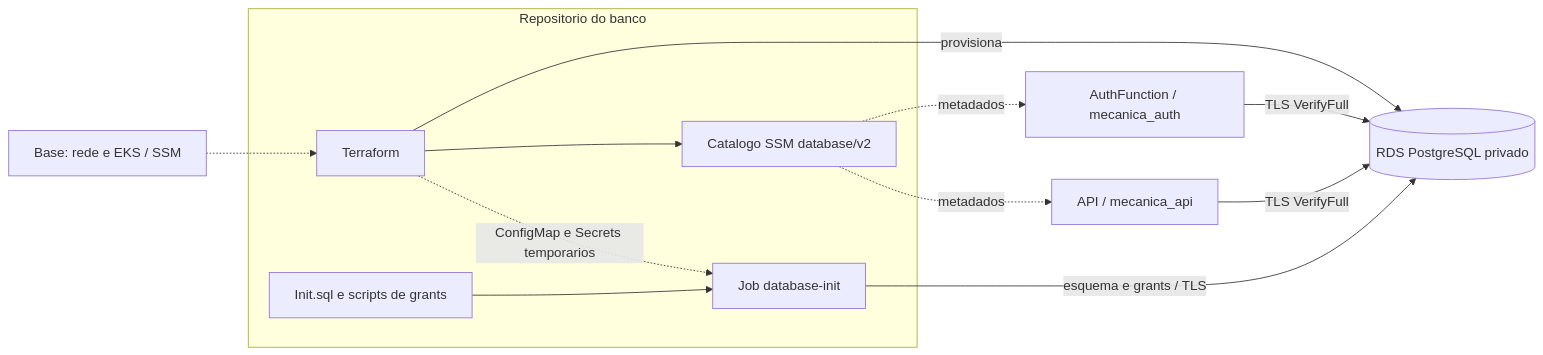
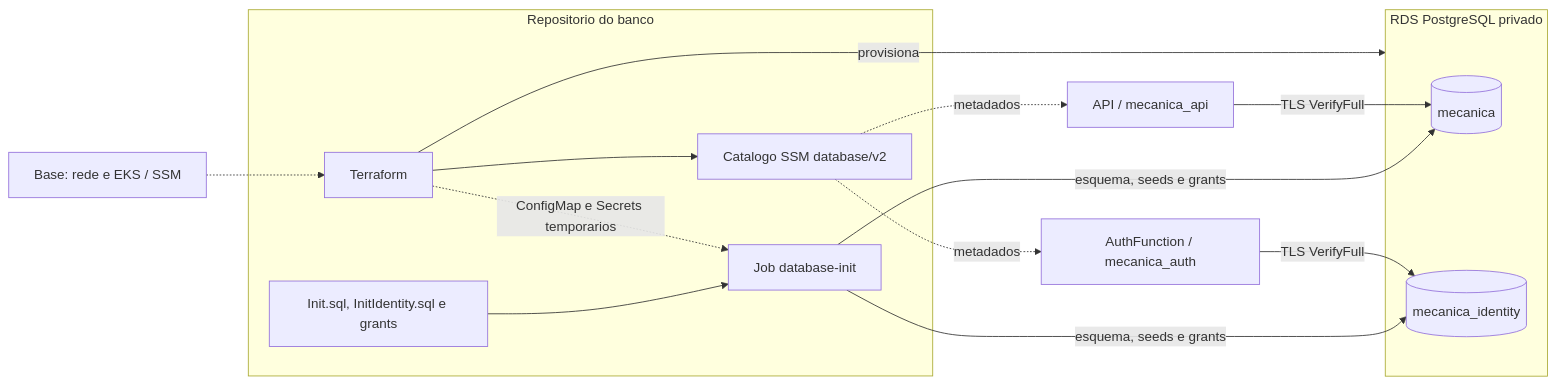
The diagram in README.md (pknfelps/GerenciamentoMecanicaBancoDados), drawn with Mermaid before and after one commit. The commit also changed other lines of this file and 1 other file, not shown here.

Commit message:
AUTH-14: documenta a inicialização dos bancos separados

```diff
--- a/README.md
+++ b/README.md
@@ -7,16 +7,21 @@
 ~~~mermaid
 flowchart LR
     BASE["Base: rede e EKS / SSM"] -.-> TF
     subgraph REPO["Repositorio do banco"]
         TF["Terraform"]
-        SQL["Init.sql e scripts de grants"] --> JOB["Job database-init"]
+        SQL["Init.sql, InitIdentity.sql e grants"] --> JOB["Job database-init"]
         TF -.->|ConfigMap e Secrets temporarios| JOB
         TF --> META["Catalogo SSM database/v2"]
     end
-    TF -->|provisiona| DB[("RDS PostgreSQL privado")]
-    JOB -->|esquema e grants / TLS| DB
+    subgraph RDS["RDS PostgreSQL privado"]
+        DB[("mecanica")]
+        ID[("mecanica_identity")]
+    end
+    TF -->|provisiona| RDS
+    JOB -->|esquema, seeds e grants| DB
+    JOB -->|esquema, seeds e grants| ID
     API["API / mecanica_api"] -->|TLS VerifyFull| DB
-    AUTH["AuthFunction / mecanica_auth"] -->|TLS VerifyFull| DB
+    AUTH["AuthFunction / mecanica_auth"] -->|TLS VerifyFull| ID
     META -.->|metadados| API
     META -.->|metadados| AUTH
 ~~~
```
